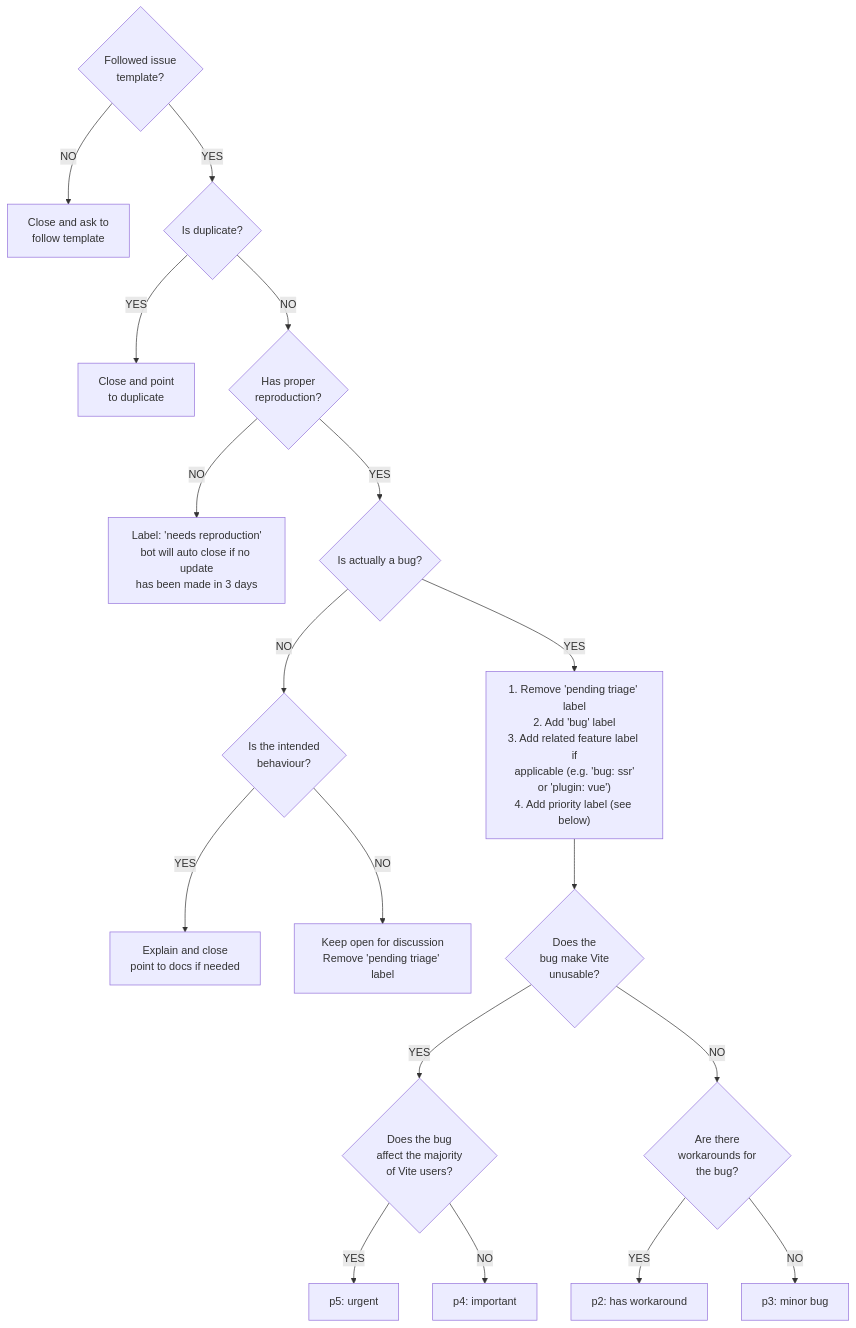
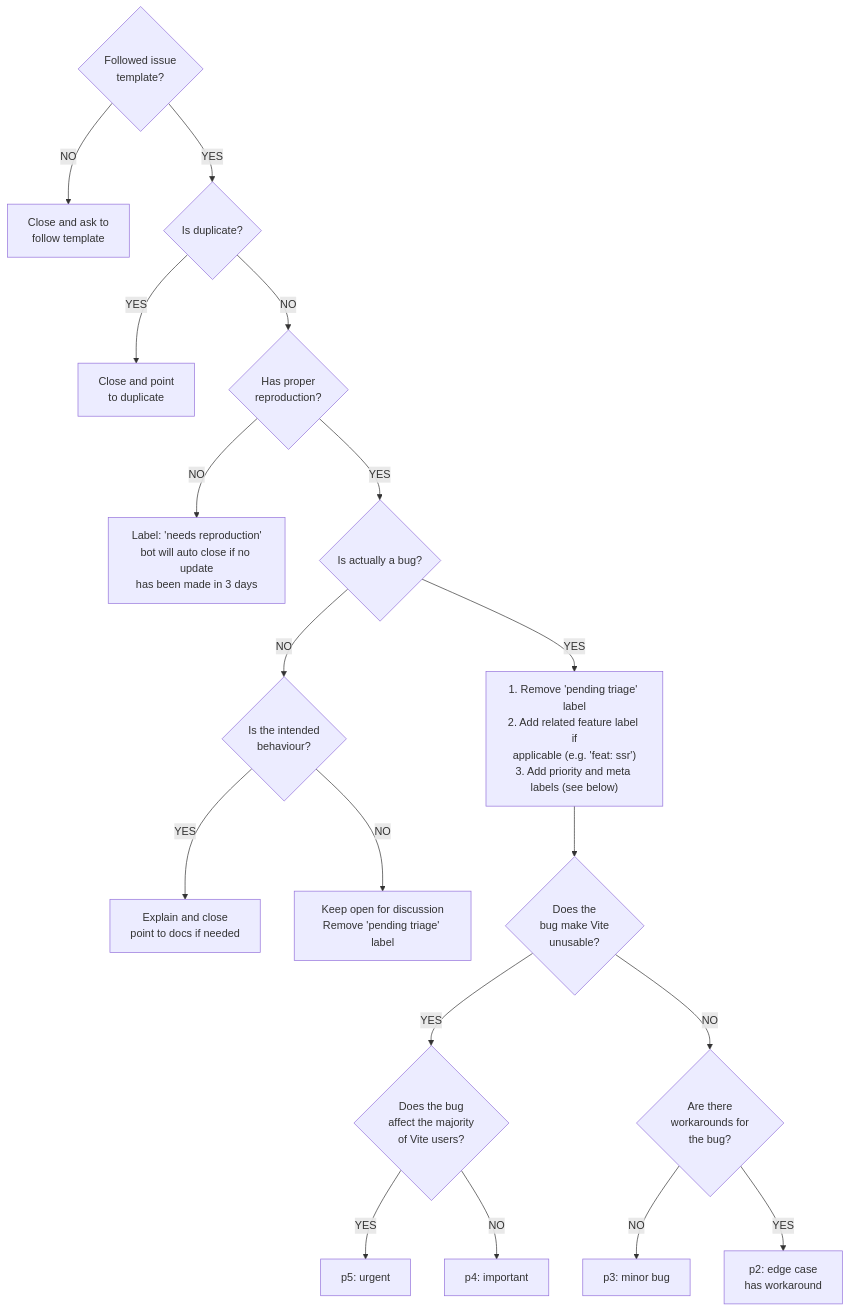
Before and after one commit to nalikiru-dev/Nalth.js: the first of 2 diagrams in CONTRIBUTING.md, drawn with Mermaid.

Commit message:
chore: update issue triaging workflow labels (#15976)

````diff
--- a/CONTRIBUTING.md
+++ b/CONTRIBUTING.md
@@ -200,21 +200,21 @@
 ```mermaid
 flowchart TD
     start{Followed issue\ntemplate?}
     start --NO--> close1[Close and ask to\nfollow template]
     start --YES--> dupe{Is duplicate?}
     dupe --YES--> close2[Close and point\nto duplicate]
     dupe --NO--> repro{Has proper\nreproduction?}
     repro --NO--> close3[Label: 'needs reproduction'\nbot will auto close if no update\nhas been made in 3 days]
     repro --YES--> real{Is actually a bug?}
     real --NO--> intended{Is the intended\nbehaviour?}
     intended --YES--> explain[Explain and close\npoint to docs if needed]
     intended --NO--> open[Keep open for discussion\nRemove 'pending triage' label]
-    real --YES--> real2["1. Remove 'pending triage' label\n2. Add 'bug' label\n3. Add related feature label if\napplicable (e.g. 'bug: ssr'\nor 'plugin: vue')\n4. Add priority label (see below)"]
+    real --YES--> real2["1. Remove 'pending triage' label\n2. Add related feature label if\napplicable (e.g. 'feat: ssr')\n3. Add priority and meta labels (see below)"]
     real2 --> unusable{Does the\nbug make Vite\nunusable?}
     unusable --YES--> maj{Does the bug\naffect the majority\nof Vite users?}
     maj --YES--> p5[p5: urgent]
     maj --NO--> p4[p4: important]
     unusable --NO--> workarounds{Are there\nworkarounds for\nthe bug?}
-    workarounds --YES--> p2[p2: has workaround]
     workarounds --NO--> p3[p3: minor bug]
+    workarounds --YES--> p2[p2: edge case\nhas workaround]
 ```
````
